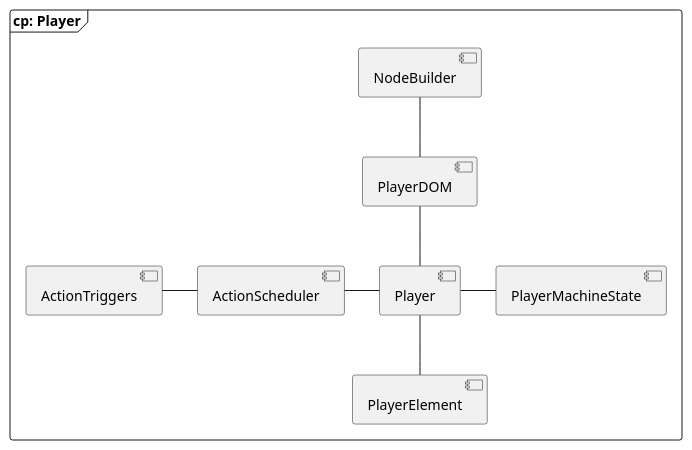
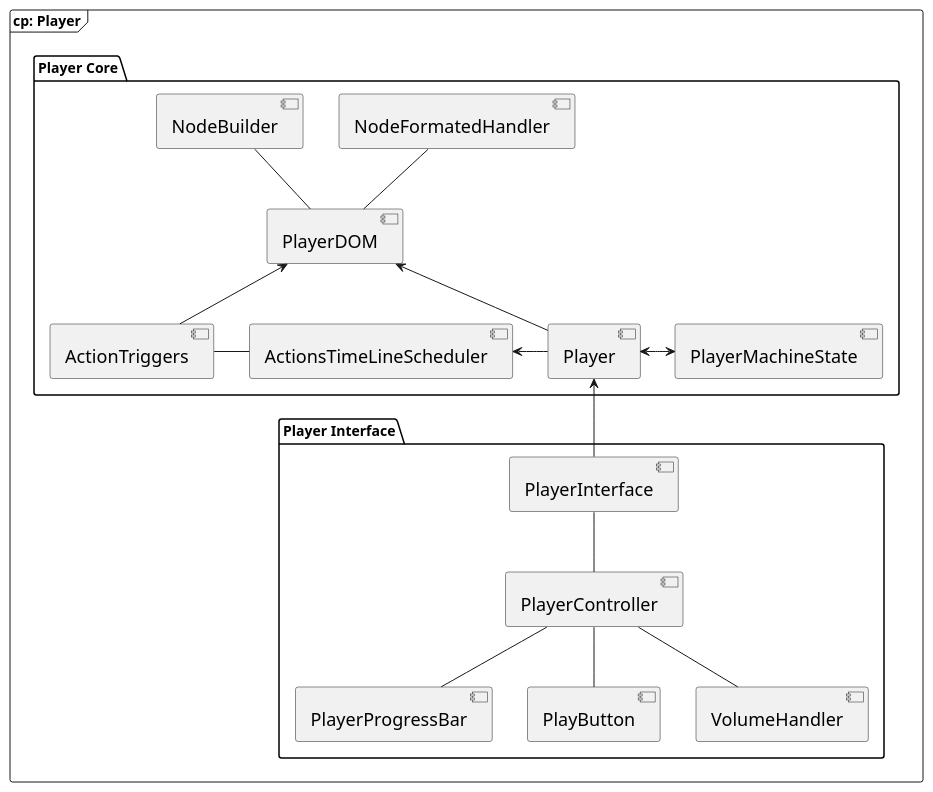
Before and after one commit to SSMM0498/arkad-conception: the diagram in models/6.Component/2.player.puml, drawn with PlantUML. The commit also changed 1 other file, not shown here.

Commit message:
Complete player components diagram

```diff
--- a/models/6.Component/2.player.puml
+++ b/models/6.Component/2.player.puml
@@ -1,13 +1,26 @@
 @startuml "player component diagram"
 skinparam shadowing false
 skinparam monochrome true
+skinparam component {
+  FontSize 18
+}
 
 frame "cp: Player" {
-    [Player] -up- [PlayerDOM]
-    [PlayerDOM] -up- [NodeBuilder]
-    [Player] -left- [ActionScheduler]
-    [ActionScheduler] -left- [ActionTriggers]
-    [Player] -right- [PlayerMachineState]
-    [Player] -down- [PlayerElement]
+    package "Player Core" {
+        [Player] -up-> [PlayerDOM]
+        [Player] -left-> [ActionsTimeLineScheduler]
+        [Player] <-right-> [PlayerMachineState]
+        [ActionsTimeLineScheduler] -left- [ActionTriggers]
+        [ActionTriggers] -up-> [PlayerDOM]
+        [PlayerDOM] -up- [NodeBuilder]
+        [PlayerDOM] -up- [NodeFormatedHandler]
+    }
+    package "Player Interface" {
+        [PlayerInterface] -down- [PlayerController]
+        [PlayerController] -down- [PlayerProgressBar]
+        [PlayerController] -down- [PlayButton]
+        [PlayerController] -down- [VolumeHandler]
+    }
+    [Player] <-down- [PlayerInterface]
 }
 @enduml
```
